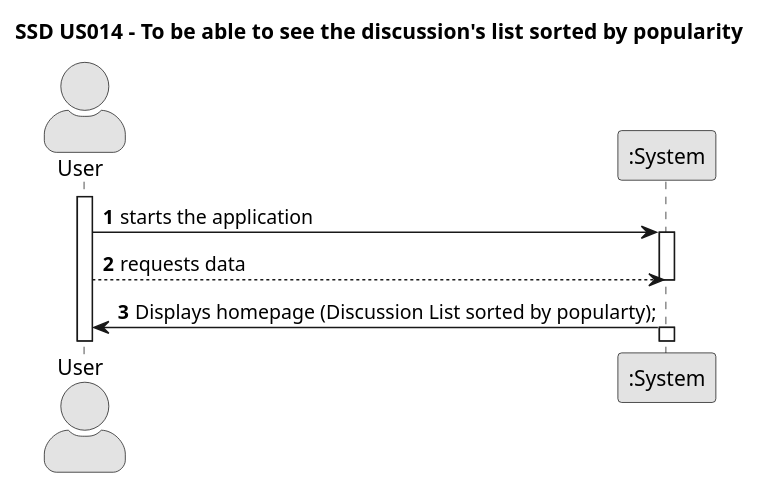
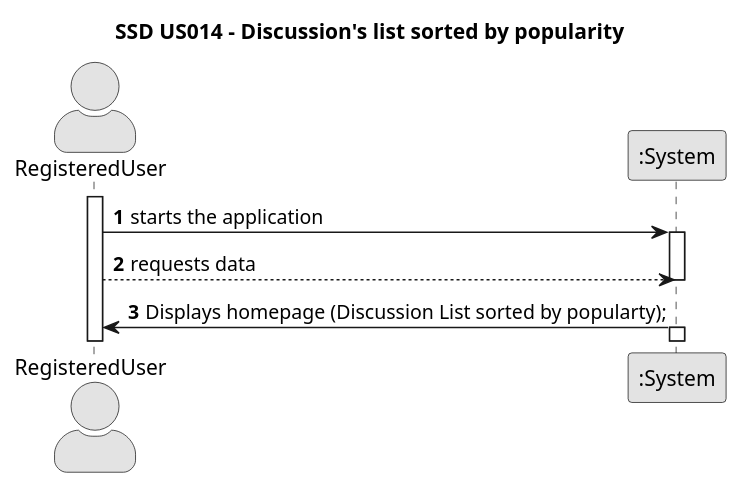
Before and after one commit to TiagoMagalhaes1232507/Testando-projeto: the diagram in docs/sprint01/us014/01.requirements-engineering/puml/us014-system-sequence-diagram-alternative-one.puml, drawn with PlantUML. The commit also changed 13 other files, not shown here.

```diff
--- a/docs/sprint01/us014/01.requirements-engineering/puml/us014-system-sequence-diagram-alternative-one.puml
+++ b/docs/sprint01/us014/01.requirements-engineering/puml/us014-system-sequence-diagram-alternative-one.puml
@@ -1,25 +1,25 @@
 @startuml
 skinparam monochrome true
 skinparam packageStyle rectangle
 skinparam shadowing false
 skinparam actorStyle awesome
 
-title SSD US014 - To be able to see the discussion's list sorted by popularity
+title SSD US014 - Discussion's list sorted by popularity
 
 autonumber
 
-actor "User" as User
+actor "RegisteredUser" as User
 participant ":System" as System
 
 activate User
 
     User -> System : starts the application
     activate System
 
         User --> System : requests data
     deactivate System
 
     System -> User : Displays homepage (Discussion List sorted by popularty);
       
 activate System
 @enduml
```
